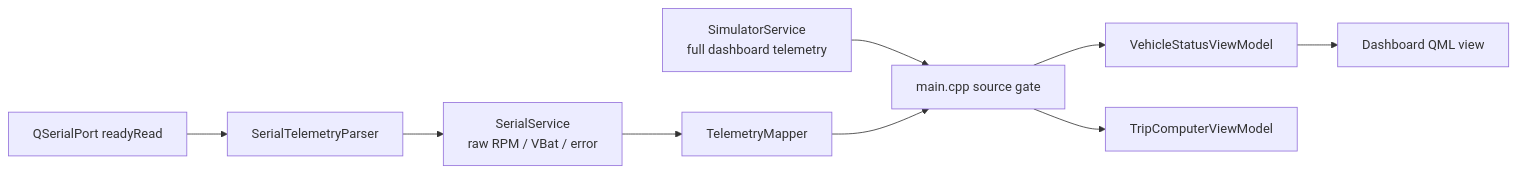
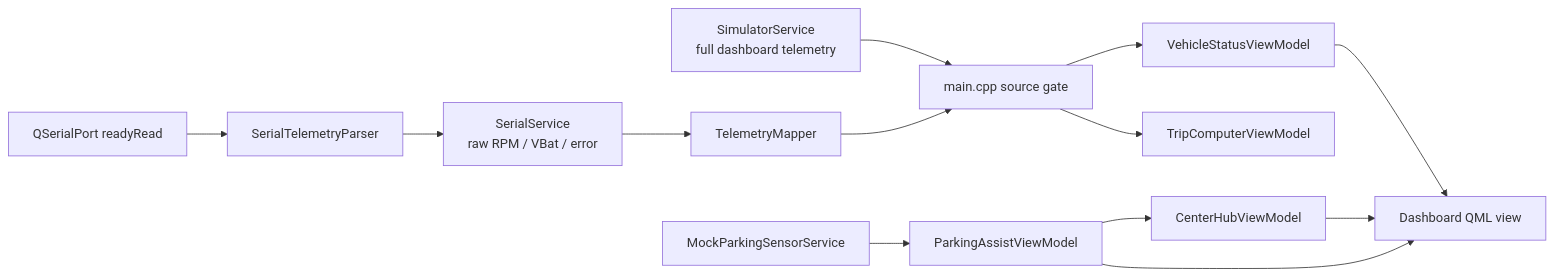
One commit to BUITANHUNG0411/CyberDash-STM32 changed the diagram in README.md. Above: the diagram before and after it, drawn with Mermaid. The commit also changed other lines of this file and 8 other files, not shown here.

Commit message:
docs: record rear parking assist

````diff
--- a/README.md
+++ b/README.md
@@ -39,11 +42,15 @@
 ```mermaid
 flowchart LR
     Simulator[SimulatorService<br/>full dashboard telemetry] --> Gate[main.cpp source gate]
     Port[QSerialPort readyRead] --> Parser[SerialTelemetryParser]
     Parser --> Serial[SerialService<br/>raw RPM / VBat / error]
     Serial --> Mapper[TelemetryMapper]
     Mapper --> Gate
     Gate --> Vehicle[VehicleStatusViewModel]
     Gate --> Trip[TripComputerViewModel]
+    ParkingSource[MockParkingSensorService] --> Parking[ParkingAssistViewModel]
+    Parking --> Hub[CenterHubViewModel]
     Vehicle --> DashboardQML[Dashboard QML view]
+    Hub --> DashboardQML
+    Parking --> DashboardQML
 ```
````
